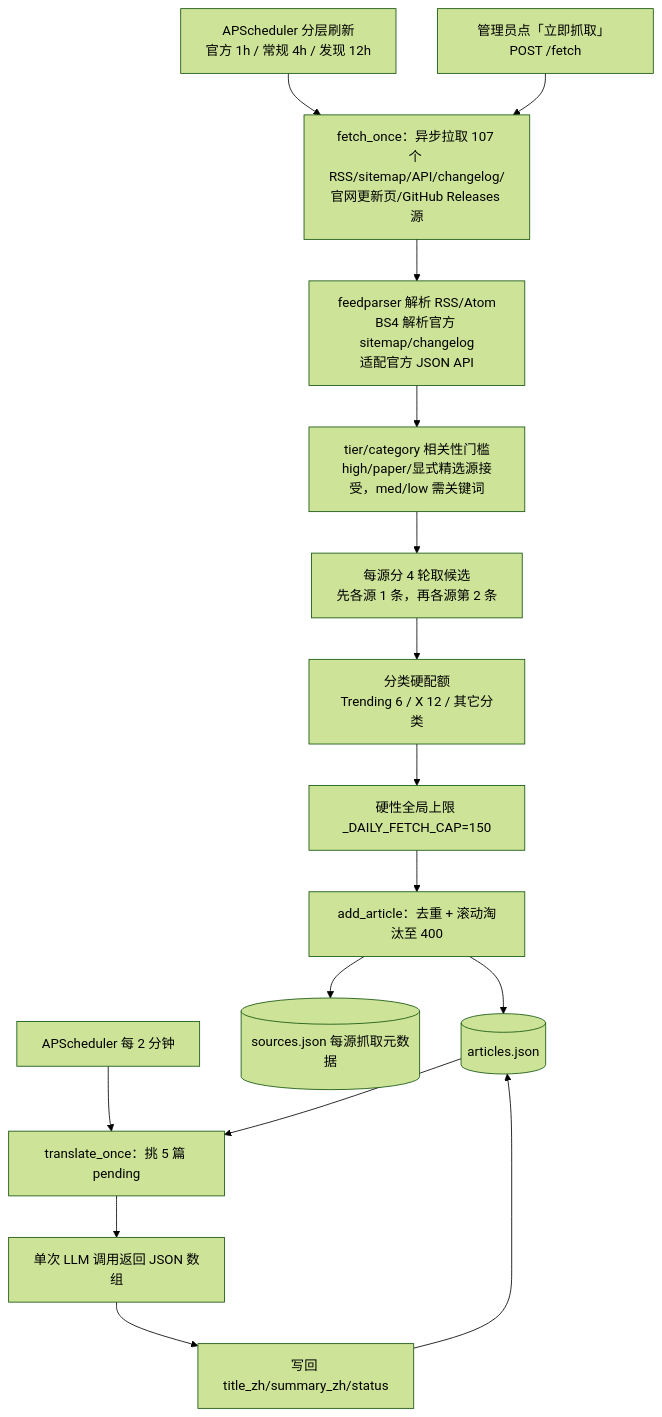
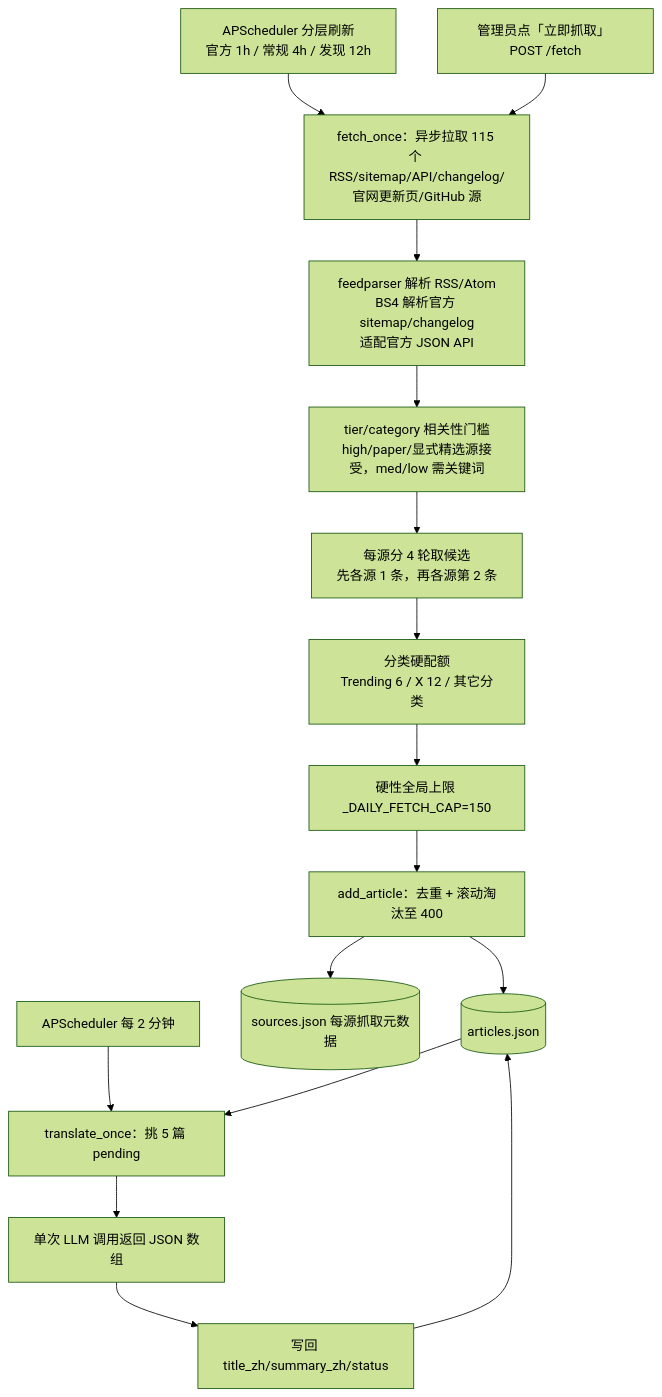
The diagram in llmdoc/architecture/rss-pipeline-architecture.md (nikefd/ai-frontier-agent), drawn with Mermaid (forest theme) before and after one commit. The commit also changed other lines of this file and 10 other files, not shown here.

````diff
--- a/llmdoc/architecture/rss-pipeline-architecture.md
+++ b/llmdoc/architecture/rss-pipeline-architecture.md
@@ -10,20 +10,20 @@
 ```mermaid
 flowchart TD
   cron[APScheduler 分层刷新<br/>官方 1h / 常规 4h / 发现 12h] --> fetch
   manual[管理员点「立即抓取」 POST /fetch] --> fetch
-  fetch[fetch_once：异步拉取 107 个 RSS/sitemap/API/changelog/官网更新页/GitHub Releases 源]
+  fetch[fetch_once：异步拉取 115 个 RSS/sitemap/API/changelog/官网更新页/GitHub 源]
   fetch --> parse[feedparser 解析 RSS/Atom<br/>BS4 解析官方 sitemap/changelog<br/>适配官方 JSON API]
   parse --> gate[tier/category 相关性门槛<br/>high/paper/显式精选源接受，med/low 需关键词]
   gate --> rounds[每源分 4 轮取候选<br/>先各源 1 条，再各源第 2 条]
   rounds --> category[分类硬配额<br/>Trending 6 / X 12 / 其它分类]
   category --> global[硬性全局上限 _DAILY_FETCH_CAP=150]
   global --> store[add_article：去重 + 滚动淘汰至 400]
   store --> articles[(articles.json)]
   store --> meta[(sources.json 每源抓取元数据)]
 
   tick[APScheduler 每 2 分钟] --> trans[translate_once：挑 5 篇 pending]
   articles --> trans
   trans --> llm[单次 LLM 调用返回 JSON 数组]
   llm --> writeback[写回 title_zh/summary_zh/status]
   writeback --> articles
 ```
````
